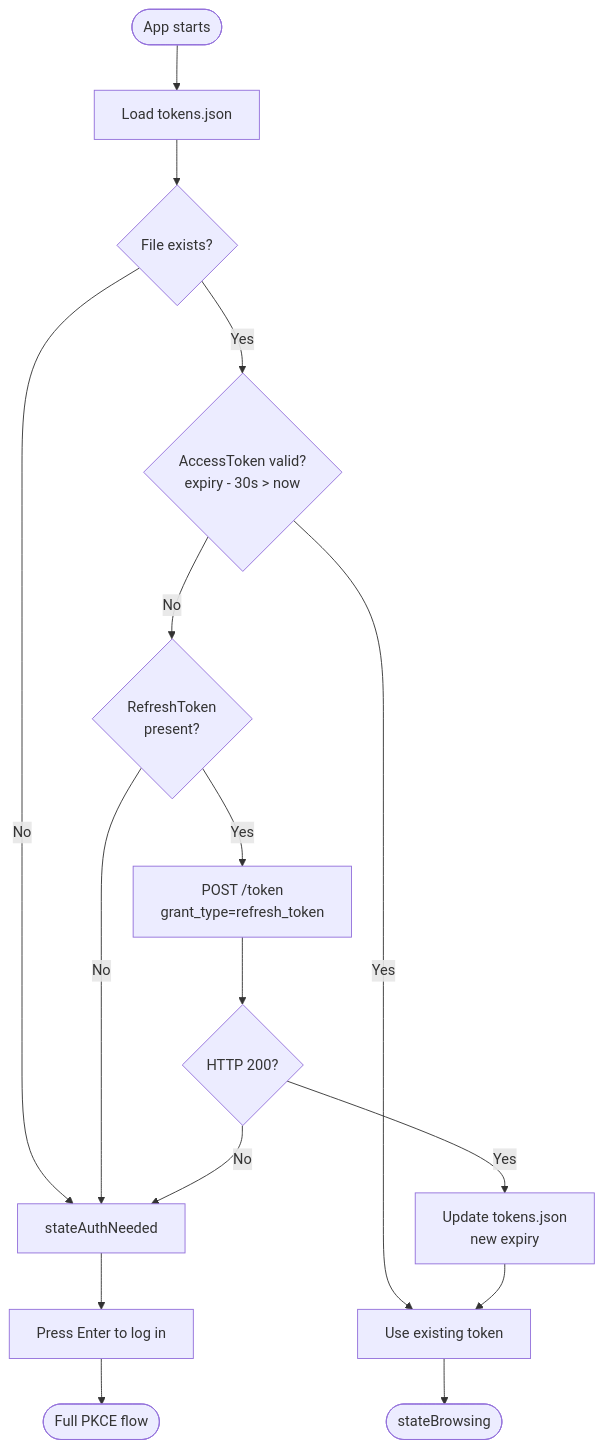
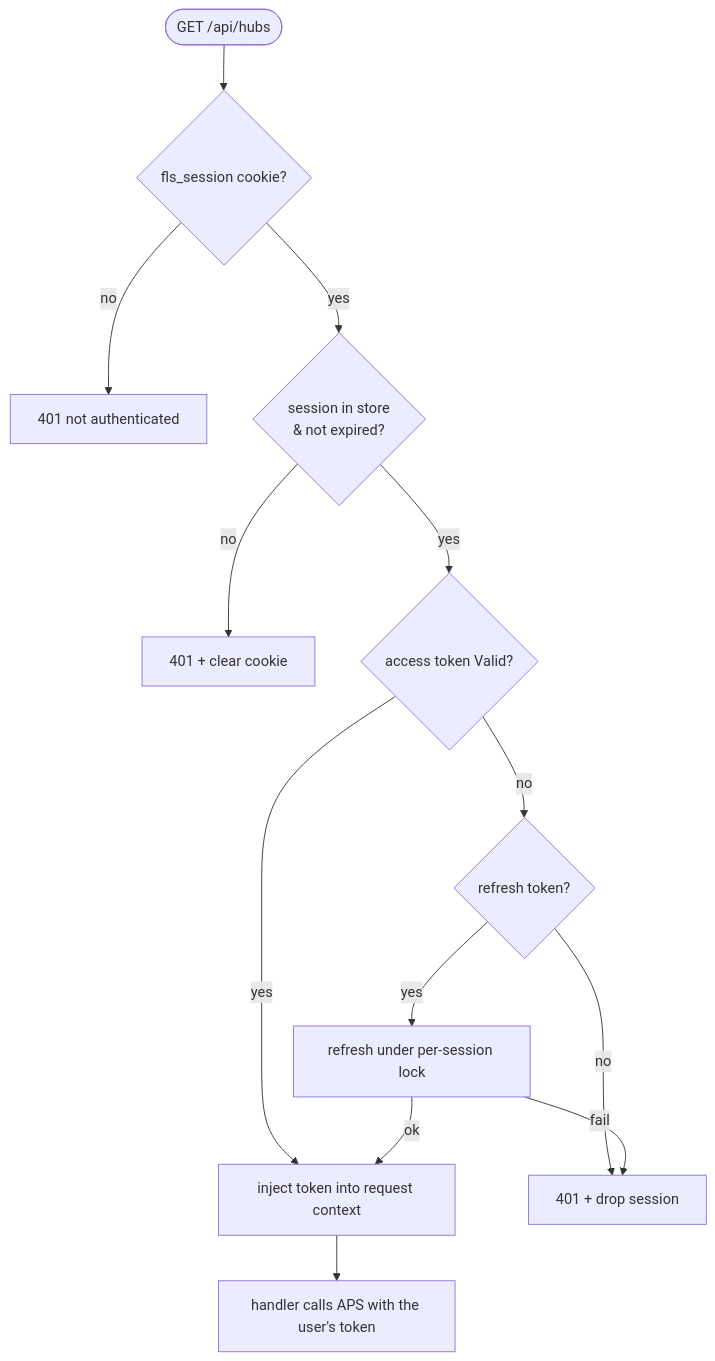
Before and after one commit to schneik80/fusionlocalserver: the second of 3 diagrams in docs/authentication.md, drawn with Mermaid. The commit also changed other lines of this file and 13 other files, not shown here.

````diff
--- a/docs/authentication.md
+++ b/docs/authentication.md
@@ -53,18 +81,15 @@
 ```mermaid
 flowchart TD
-    A([App starts]) --> B[Load tokens.json]
-    B --> C{File exists?}
-    C -- No --> D[stateAuthNeeded]
-    C -- Yes --> E{AccessToken valid?\nexpiry - 30s > now}
-    E -- Yes --> F[Use existing token]
-    E -- No --> G{RefreshToken\npresent?}
-    G -- No --> D
-    G -- Yes --> H[POST /token\ngrant_type=refresh_token]
-    H --> I{HTTP 200?}
-    I -- Yes --> J[Update tokens.json\nnew expiry]
-    J --> F
-    I -- No --> D
-    F --> K([stateBrowsing])
-    D --> L[Press Enter to log in]
-    L --> M([Full PKCE flow])
+    A([GET /api/hubs]) --> B{fls_session cookie?}
+    B -- no --> Z[401 not authenticated]
+    B -- yes --> C{session in store<br/>& not expired?}
+    C -- no --> Z2[401 + clear cookie]
+    C -- yes --> D{access token Valid?}
+    D -- yes --> G[inject token into request context]
+    D -- no --> E{refresh token?}
+    E -- no --> Z3[401 + drop session]
+    E -- yes --> F[refresh under per-session lock]
+    F -- ok --> G
+    F -- fail --> Z3
+    G --> H[handler calls APS with the user's token]
 ```
````
